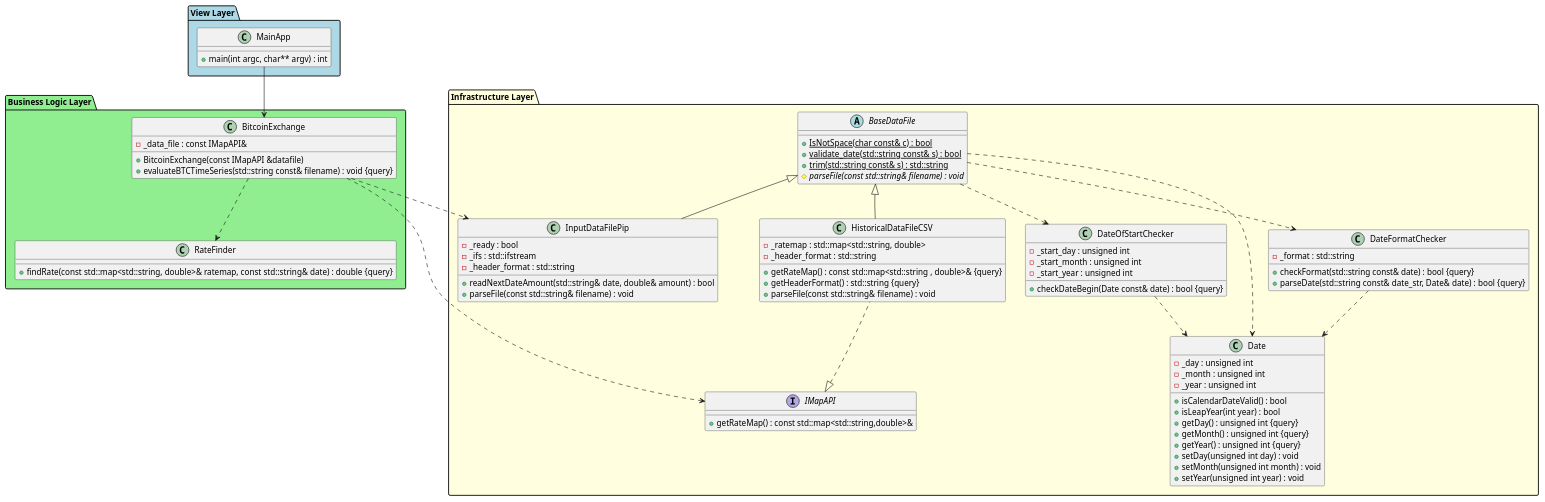
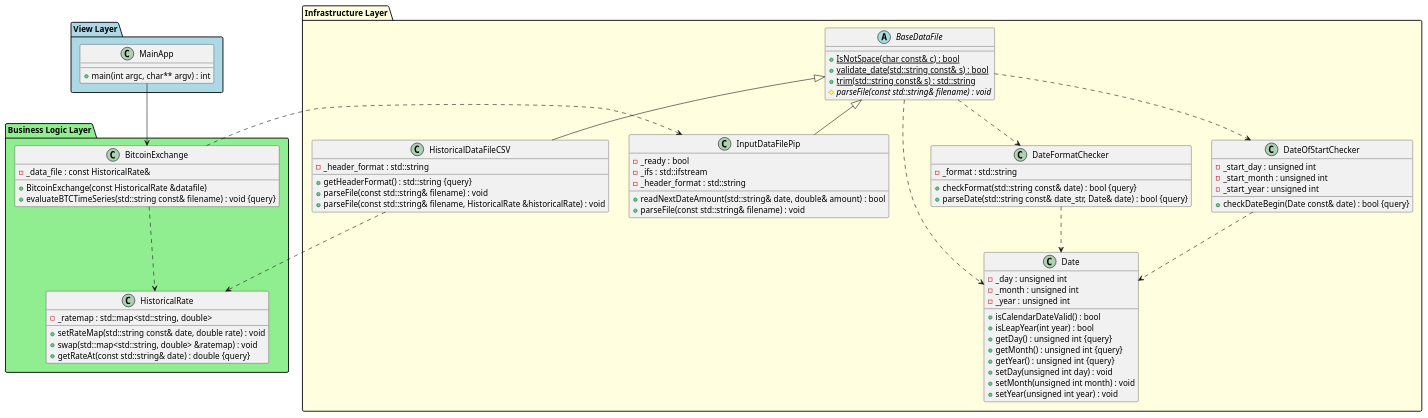
Before and after one commit to ra121e/cpp09: the diagram in ex00/btc.puml, drawn with PlantUML. The commit also changed 9 other files, not shown here.

```diff
--- a/ex00/btc.puml
+++ b/ex00/btc.puml
@@ -1,112 +1,104 @@
 @startuml btc
 
 ' Objects grouped into 3-layer packages '
 
 package "View Layer" #LightBlue {
     class MainApp {
         +main(int argc, char** argv) : int
     }
 }
 
 package "Business Logic Layer" #LightGreen {
     class BitcoinExchange {
-        +BitcoinExchange(const IMapAPI &datafile)
-        -_data_file : const IMapAPI&
+        +BitcoinExchange(const HistoricalRate &datafile)
+        -_data_file : const HistoricalRate&
         +evaluateBTCTimeSeries(std::string const& filename) : void {query}
     }
 
-    class RateFinder {
-        +findRate(const std::map<std::string, double>& ratemap, const std::string& date) : double {query}
+    class HistoricalRate {
+        -_ratemap : std::map<std::string, double>
+        +setRateMap(std::string const& date, double rate) : void
+        +swap(std::map<std::string, double> &ratemap) : void
+        +getRateAt(const std::string& date) : double {query}
     }
 }
 
 package "Infrastructure Layer" #LightYellow {
     abstract class BaseDataFile {
         +{static} IsNotSpace(char const& c) : bool
         +{static} validate_date(std::string const& s) : bool
         +{static} trim(std::string const& s) : std::string
         #{abstract} parseFile(const std::string& filename) : void
     }
 
-    Interface IMapAPI {
-        +getRateMap() : const std::map<std::string,double>&
-    }
-
     class HistoricalDataFileCSV {
-        +getRateMap() : const std::map<std::string , double>& {query}
-        -_ratemap : std::map<std::string, double>
         -_header_format : std::string
         +getHeaderFormat() : std::string {query}
         +parseFile(const std::string& filename) : void
+        +parseFile(const std::string& filename, HistoricalRate &historicalRate) : void
     }
 
     class InputDataFilePip {
         -_ready : bool
         +readNextDateAmount(std::string& date, double& amount) : bool
         -_ifs : std::ifstream
         -_header_format : std::string
         +parseFile(const std::string& filename) : void
     }
 
     class Date {
         +isCalendarDateValid() : bool
         +isLeapYear(int year) : bool
         -_day : unsigned int
         -_month : unsigned int
         -_year : unsigned int
         +getDay() : unsigned int {query}
         +getMonth() : unsigned int {query}
         +getYear() : unsigned int {query}
         +setDay(unsigned int day) : void
         +setMonth(unsigned int month) : void
         +setYear(unsigned int year) : void
     }
 
     class DateFormatChecker {
         +checkFormat(std::string const& date) : bool {query}
         +parseDate(std::string const& date_str, Date& date) : bool {query}
         -_format : std::string
     }
 
     class DateOfStartChecker {
         +checkDateBegin(Date const& date) : bool {query}
         -_start_day : unsigned int
         -_start_month : unsigned int
         -_start_year : unsigned int
     }
 }
 
 
 ' Inheritance relationships '
 
 BaseDataFile <|-- HistoricalDataFileCSV
 BaseDataFile <|-- InputDataFilePip
-IMapAPI <|.. HistoricalDataFileCSV
 
 
 ' Aggregation / Association '
 
-BitcoinExchange ..> IMapAPI
+BitcoinExchange ..> HistoricalRate
+HistoricalDataFileCSV ..> HistoricalRate
 
 ' Dependency relationships '
 
 BaseDataFile ..> DateFormatChecker
 BaseDataFile ..> DateOfStartChecker
 BaseDataFile ..> Date
 
 DateFormatChecker ..> Date
 DateOfStartChecker ..> Date
 
 MainApp --> BitcoinExchange
 BitcoinExchange ..> InputDataFilePip
-BitcoinExchange ..> RateFinder
 
 '-----------------------------------------------
 ' Hidden relationships for better layout
-IMapAPI -[hidden]-> BaseDataFile
-HistoricalDataFileCSV -[hidden]-> BaseDataFile
-InputDataFilePip -[hidden]-> BaseDataFile
-InputDataFilePip -[hidden]-> BaseDataFile
-HistoricalDataFileCSV -[hidden]-> IMapAPI
 
 @enduml
```
